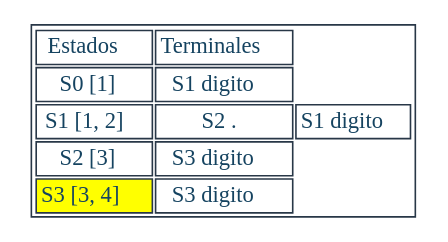
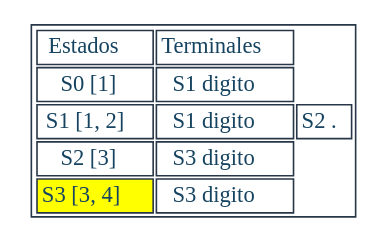
The diagram in Regexive/archivos/TRANSICIONES_201901557/decimales.dot (JeffMendez/OCL_Proyecto1_201901557), drawn with Graphviz before and after one commit. The commit also changed 36 other files, not shown here.

```diff
--- a/Regexive/archivos/TRANSICIONES_201901557/decimales.dot
+++ b/Regexive/archivos/TRANSICIONES_201901557/decimales.dot
@@ -1,14 +1,14 @@
 digraph T {
 aHtmlTable [
    shape=plaintext
    color="#283747" fontcolor="#154360" label=<
 
    <table border='1' cellborder='1'>
    <tr>
       <td>Estados</td>
       <td>Terminales</td>
-   </tr><tr><td>S0 [1]</td><td>S1 digito</td></tr><tr><td>S1 [1, 2]</td><td>S2 .</td><td>S1 digito</td></tr><tr><td>S2 [3]</td><td>S3 digito</td></tr><tr><td bgcolor="yellow"> S3 [3, 4]</td><td>S3 digito</td></tr></table>
+   </tr><tr><td>S0 [1]</td><td>S1 digito</td></tr><tr><td>S1 [1, 2]</td><td>S1 digito</td><td>S2 .</td></tr><tr><td>S2 [3]</td><td>S3 digito</td></tr><tr><td bgcolor="yellow"> S3 [3, 4]</td><td>S3 digito</td></tr></table>
 
    >]; 
 
 }
```
